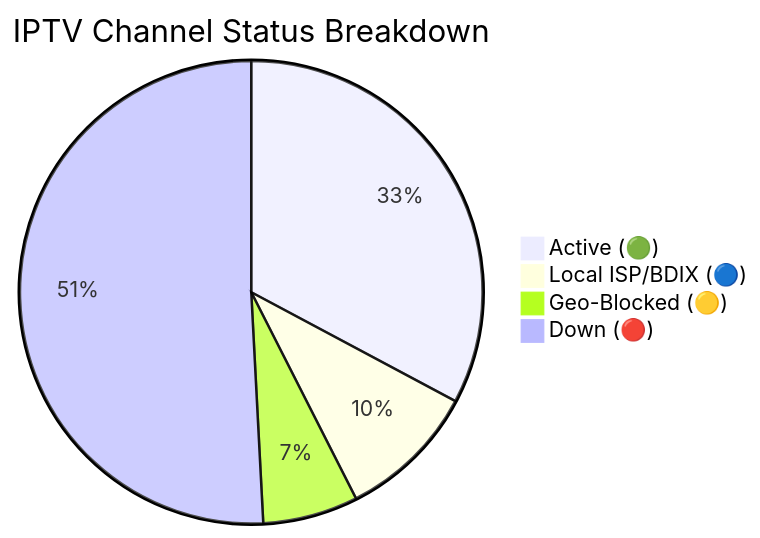
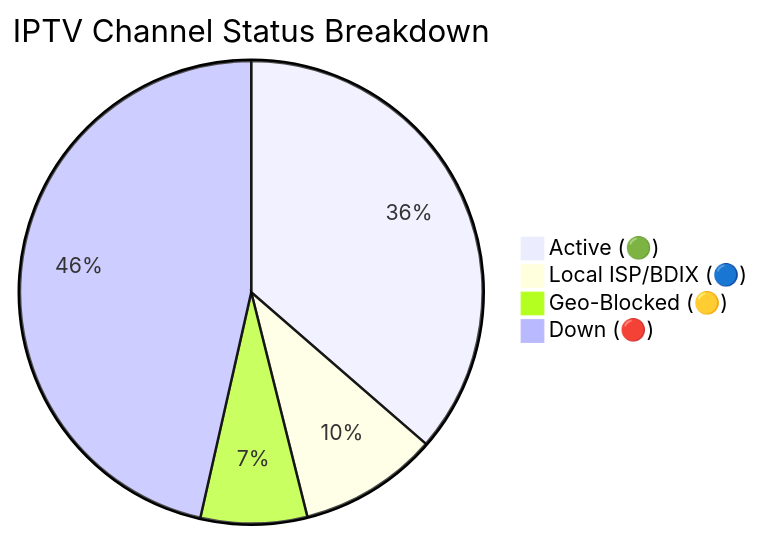
The diagram in README.md (Zaman-Topu/Ip-tv-Collection), drawn with Mermaid before and after one commit. The commit also changed other lines of this file and 1 other file, not shown here.

Commit message:
docs(readme): auto-update daily channel status chart

````diff
--- a/README.md
+++ b/README.md
@@ -59,7 +59,7 @@
 ```mermaid
 pie title IPTV Channel Status Breakdown
-    "Active (🟢)" : 2594
+    "Active (🟢)" : 2877
     "Local ISP/BDIX (🔵)" : 769
-    "Geo-Blocked (🟡)" : 526
-    "Down (🔴)" : 4020
+    "Geo-Blocked (🟡)" : 588
+    "Down (🔴)" : 3675
 ```
````
